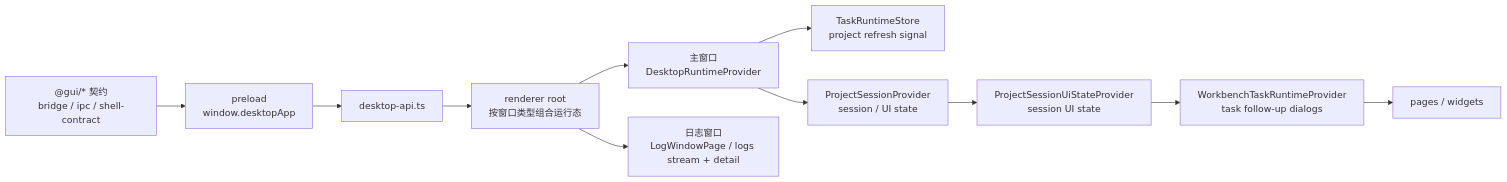
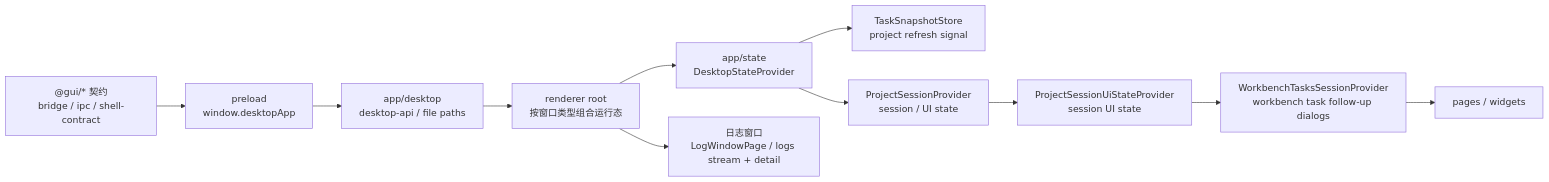
One commit to neavo/LinguaGacha changed the diagram in docs/FRONTEND.md. Above: the diagram before and after it, drawn with Mermaid. The commit also changed other lines of this file and 1122 other files, not shown here.

````diff
--- a/docs/FRONTEND.md
+++ b/docs/FRONTEND.md
@@ -7,13 +7,13 @@
 ```mermaid
 flowchart LR
   Contract["@gui/* 契约<br/>bridge / ipc / shell-contract"] --> Preload["preload<br/>window.desktopApp"]
-  Preload --> API["desktop-api.ts"]
+  Preload --> API["app/desktop<br/>desktop-api / file paths"]
   API --> Root["renderer root<br/>按窗口类型组合运行态"]
-  Root --> Runtime["主窗口<br/>DesktopRuntimeProvider"]
+  Root --> Runtime["app/state<br/>DesktopStateProvider"]
   Root --> Logs["日志窗口<br/>LogWindowPage / logs stream + detail"]
-  Runtime --> Store["TaskRuntimeStore<br/>project refresh signal"]
+  Runtime --> Store["TaskSnapshotStore<br/>project refresh signal"]
   Runtime --> Session["ProjectSessionProvider<br/>session / UI state"]
   Session --> SessionUiState["ProjectSessionUiStateProvider<br/>session UI state"]
-  SessionUiState --> Followup["WorkbenchTaskRuntimeProvider<br/>task follow-up dialogs"]
+  SessionUiState --> Followup["WorkbenchTasksSessionProvider<br/>workbench task follow-up dialogs"]
   Followup --> Pages["pages / widgets"]
 ```
````
